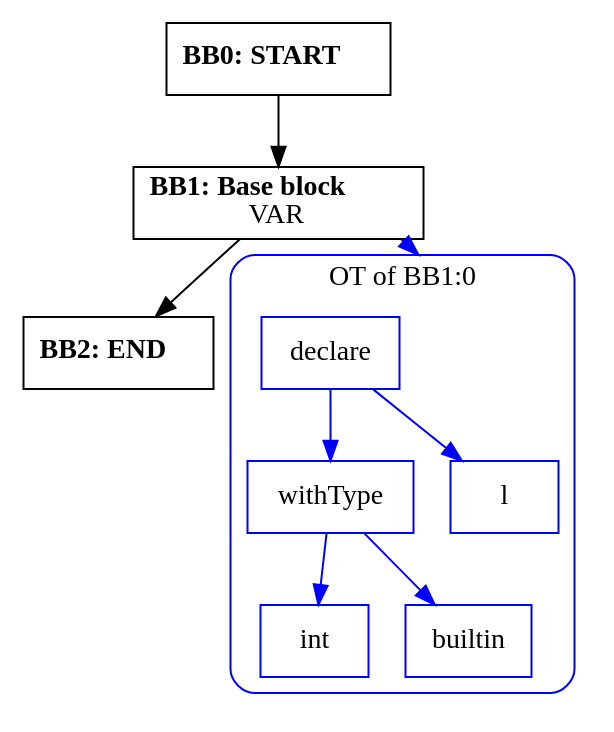
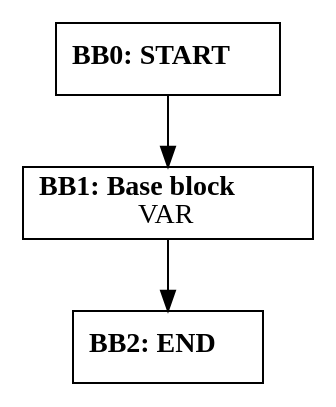
One commit to zavar152-cv/myLangCFG_OT changed the diagram in outputs/cfg/exampleInput.test.dot. Above: the diagram before and after it, drawn with Graphviz. The commit also changed 5 other files, not shown here.

```diff
--- a/outputs/cfg/exampleInput.test.dot
+++ b/outputs/cfg/exampleInput.test.dot
@@ -1,28 +1,12 @@
 digraph CFG {
     compound=true;
     graph [splines=true];
     node [shape=rectangle];
 
     BB2 [label=<<B>BB2: END</B><BR ALIGN="CENTER"/>>];
     BB1 [label=<<B>BB1: Base block</B><BR ALIGN="CENTER"/>VAR<BR ALIGN="CENTER"/>>];
-    subgraph cluster_instruction0 {
-        label = "OT of BB1:0";
-        style=rounded;
-        color=blue;
-        entry0 [shape=point, style=invis];
-        node0 [label="declare", color=blue];
-        node1 [label="withType", color=blue];
-        node2 [label="int", color=blue];
-        node1 -> node2[color=blue];
-        node3 [label="builtin", color=blue];
-        node1 -> node3[color=blue];
-        node0 -> node1[color=blue];
-        node4 [label="l", color=blue];
-        node0 -> node4[color=blue];
-    }
-    BB1 -> entry0 [lhead=cluster_instruction0, color=blue];
     BB0 [label=<<B>BB0: START</B><BR ALIGN="CENTER"/>>];
 
     BB1 -> BB2;
     BB0 -> BB1;
 }
```
